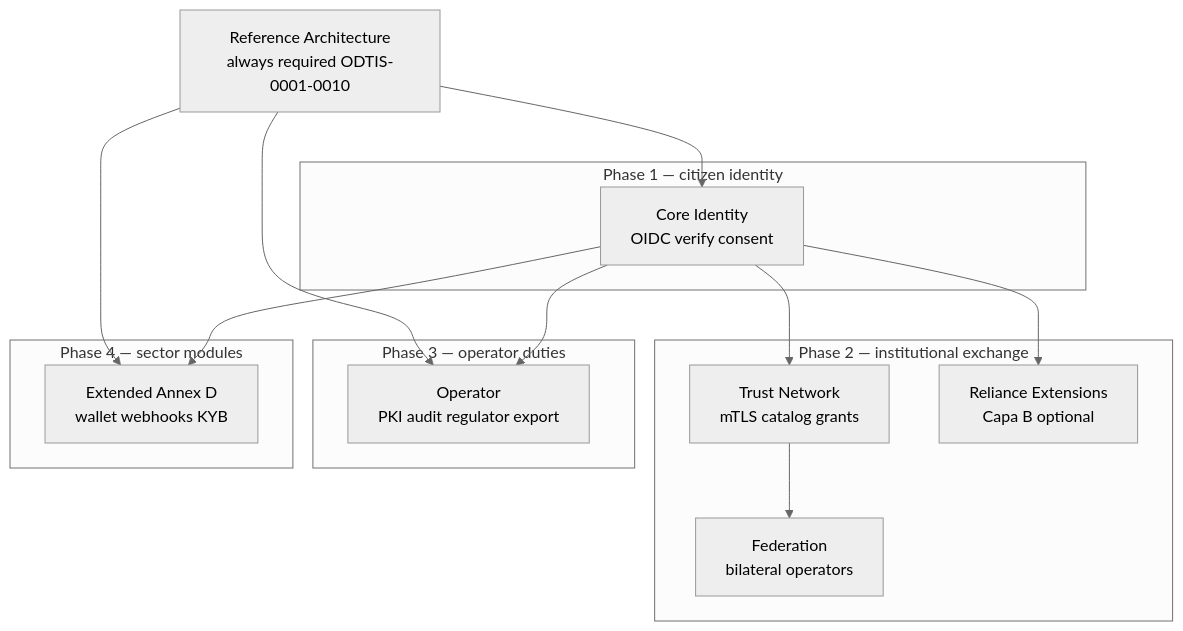
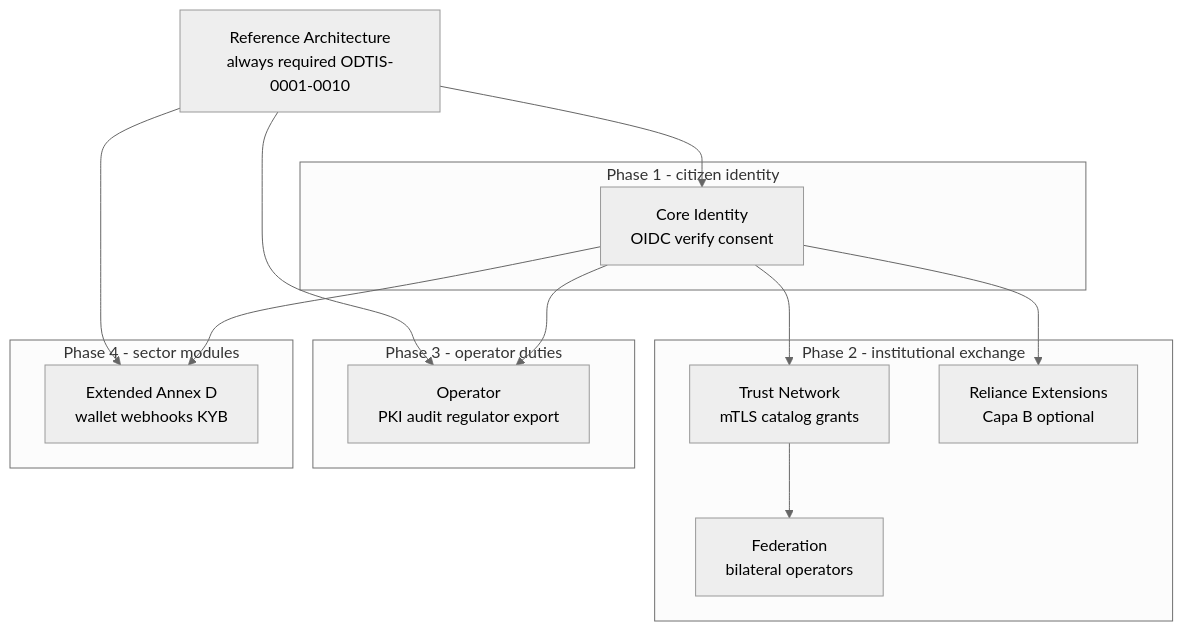
The eighth of 12 diagrams in site/VISUAL-GUIDE.md (odtis/core-spec), drawn with Mermaid (neutral theme) before and after one commit. The commit also changed other lines of this file, not shown here.

````diff
--- a/site/VISUAL-GUIDE.md
+++ b/site/VISUAL-GUIDE.md
@@ -321,31 +321,31 @@
 ```mermaid
 flowchart TB
   RA[Reference Architecture<br/>always required ODTIS-0001-0010]
 
-  subgraph phase1 [Phase 1 — citizen identity]
+  subgraph phase1 [Phase 1  - citizen identity]
     CI[Core Identity<br/>OIDC verify consent]
   end
 
-  subgraph phase2 [Phase 2 — institutional exchange]
+  subgraph phase2 [Phase 2  - institutional exchange]
     TN[Trust Network<br/>mTLS catalog grants]
     REL[Reliance Extensions<br/>Capa B optional]
     FED[Federation<br/>bilateral operators]
   end
 
-  subgraph phase3 [Phase 3 — operator duties]
+  subgraph phase3 [Phase 3  - operator duties]
     OP[Operator<br/>PKI audit regulator export]
   end
 
-  subgraph phase4 [Phase 4 — sector modules]
+  subgraph phase4 [Phase 4  - sector modules]
     EXT[Extended Annex D<br/>wallet webhooks KYB]
   end
 
   RA --> CI
   CI --> TN
   TN --> FED
   CI --> REL
   RA --> OP
   CI --> OP
   RA --> EXT
   CI --> EXT
 ```
````
